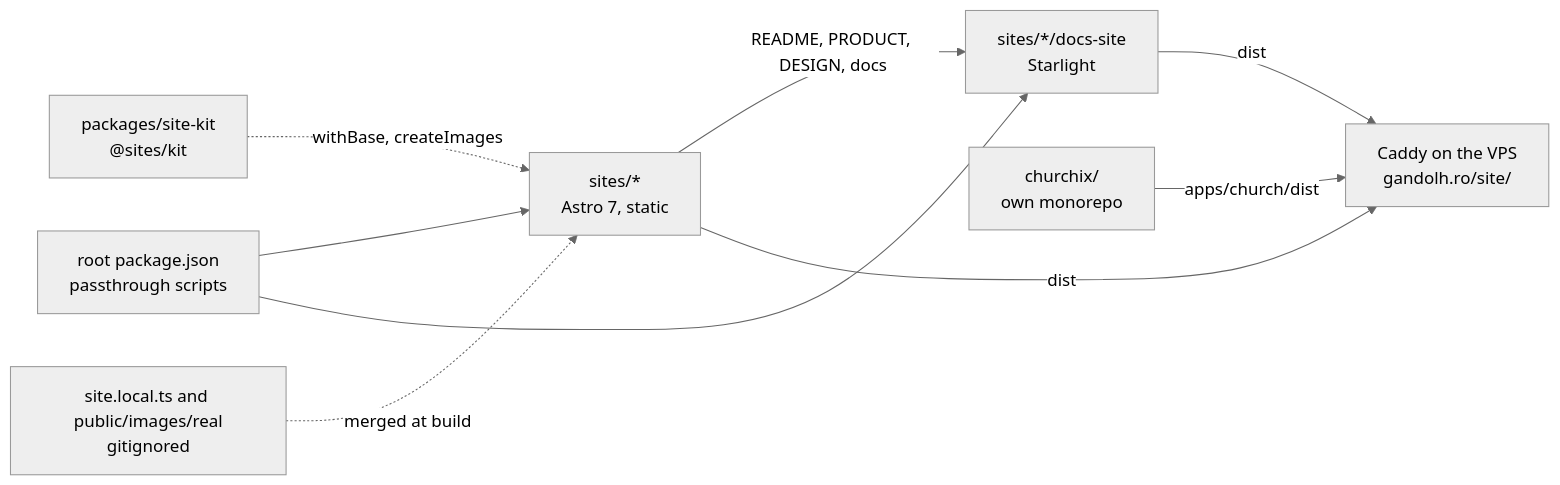
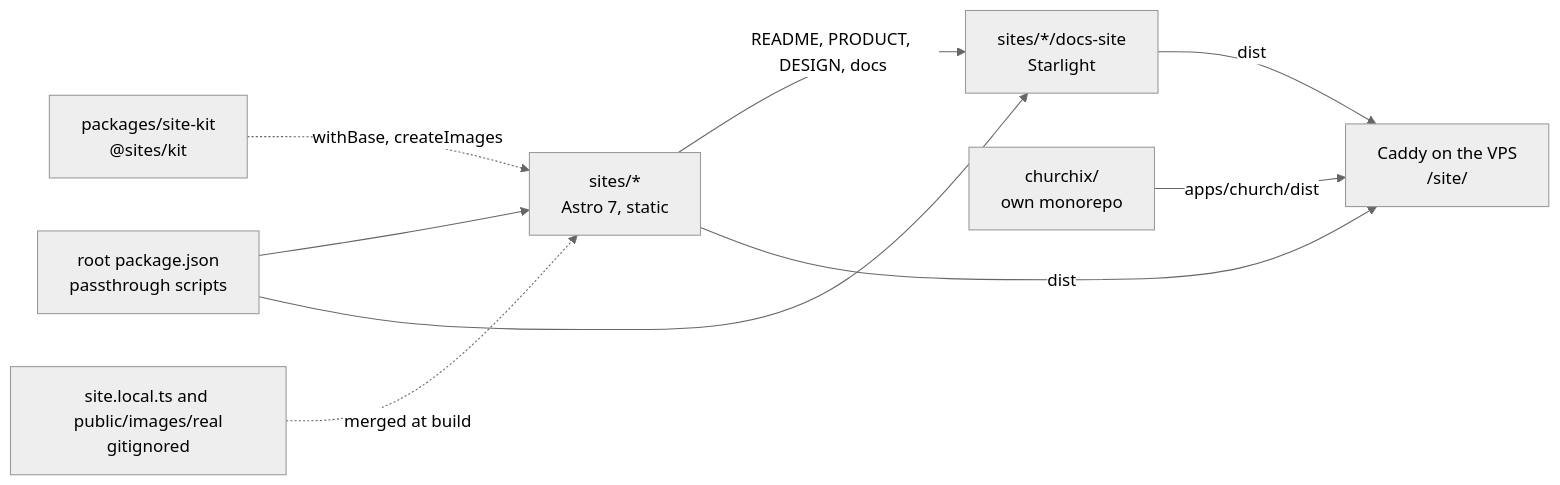
The diagram in docs/architecture.md (gandolh/presentation-sites), drawn with Mermaid (neutral theme) before and after one commit. The commit also changed other lines of this file and 12 other files, not shown here.

````diff
--- a/docs/architecture.md
+++ b/docs/architecture.md
@@ -5,11 +5,11 @@
 ```mermaid
 flowchart LR
   root["root package.json<br/>passthrough scripts"] --> sites["sites/*<br/>Astro 7, static"]
   root --> docs["sites/*/docs-site<br/>Starlight"]
   kit["packages/site-kit<br/>@sites/kit"] -.->|withBase, createImages| sites
   sites -->|README, PRODUCT, DESIGN, docs| docs
   local["site.local.ts and public/images/real<br/>gitignored"] -.->|merged at build| sites
-  sites -->|dist| caddy["Caddy on the VPS<br/>gandolh.ro/site/"]
+  sites -->|dist| caddy["Caddy on the VPS<br/>/site/"]
   docs -->|dist| caddy
   churchix["churchix/<br/>own monorepo"] -->|apps/church/dist| caddy
 ```
````
